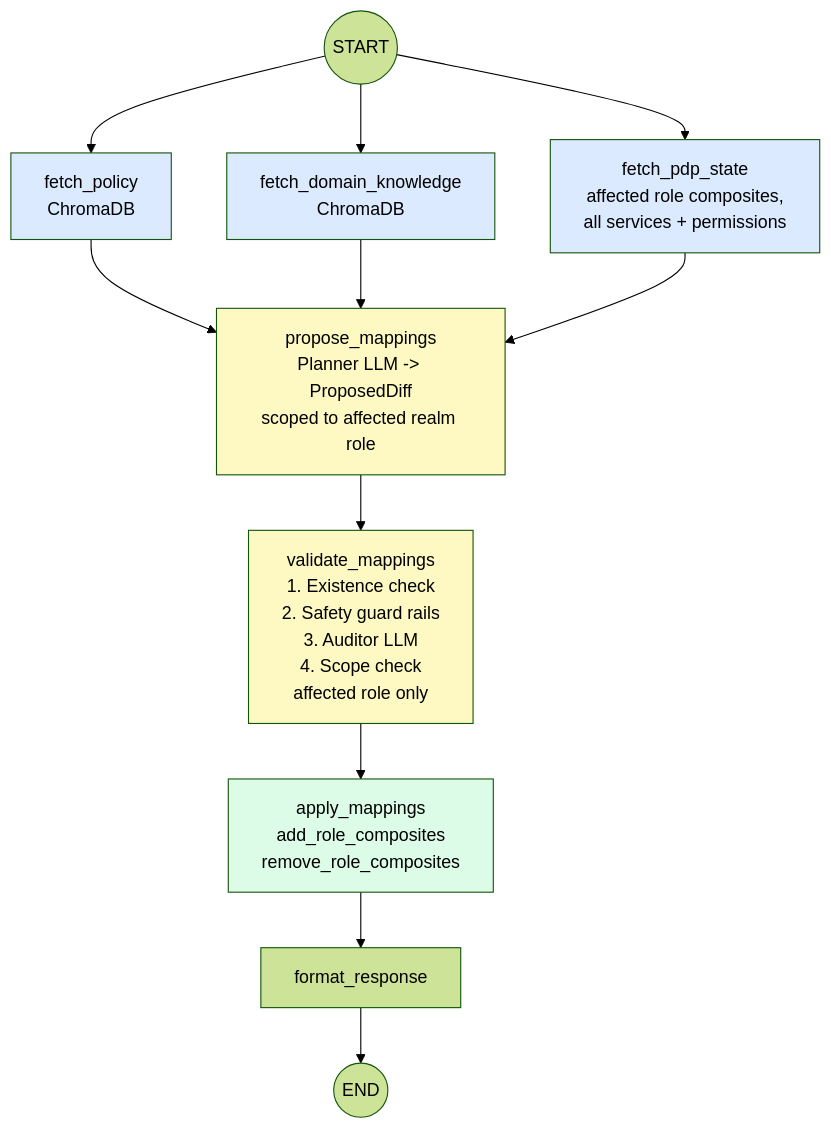
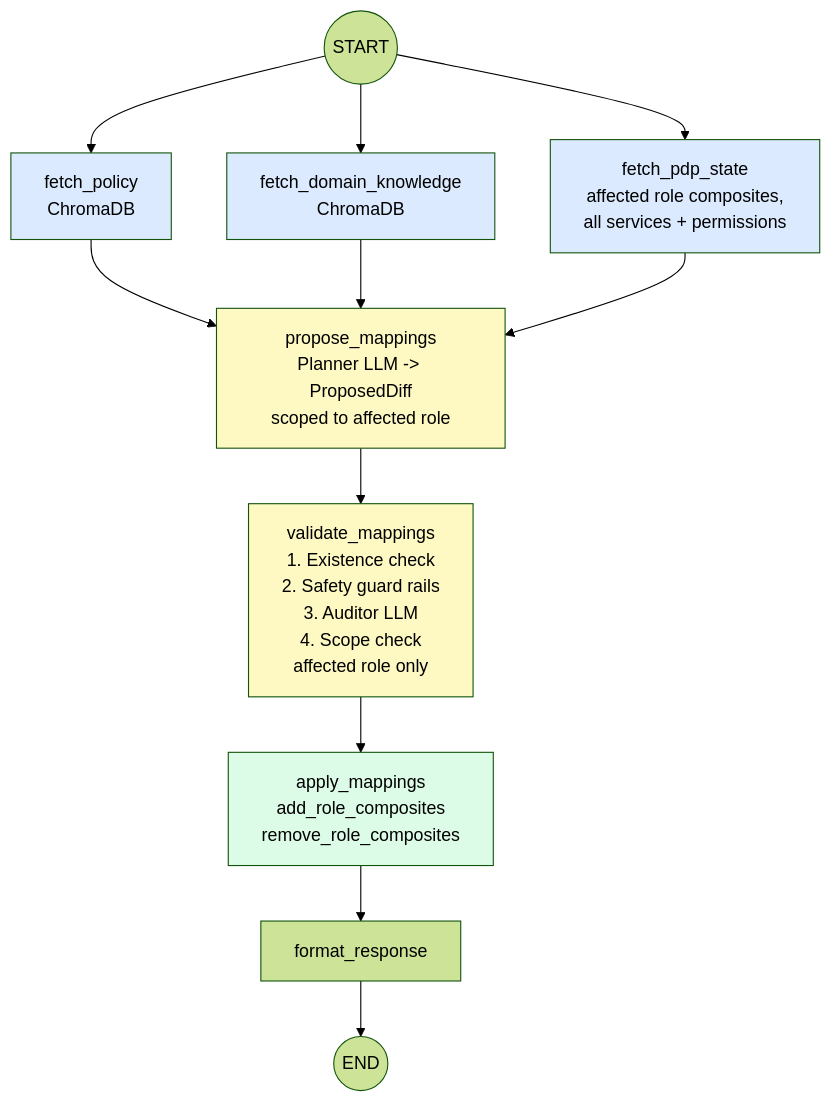
One commit to rossoctl/aiac changed the second of 2 diagrams in inception/requirements/components/aiac-agent/uc3-role-update.md. Above: the diagram before and after it, drawn with Mermaid (forest theme). The commit also changed other lines of this file and 12 other files, not shown here.

First line of the commit message:
docs(aiac): rename 'realm role' to 'role' across all requirements

````diff
--- a/inception/requirements/components/aiac-agent/uc3-role-update.md
+++ b/inception/requirements/components/aiac-agent/uc3-role-update.md
@@ -70,23 +70,23 @@
 ```mermaid
 flowchart TD
     START(("START"))
 
     START --> FP["fetch_policy\nChromaDB"]
     START --> FDK["fetch_domain_knowledge\nChromaDB"]
     START --> FKC["fetch_pdp_state\naffected role composites,\nall services + permissions"]
 
-    FP & FDK & FKC --> PROPOSE["propose_mappings\nPlanner LLM -> ProposedDiff\nscoped to affected realm role"]
+    FP & FDK & FKC --> PROPOSE["propose_mappings\nPlanner LLM -> ProposedDiff\nscoped to affected role"]
 
     PROPOSE --> VALIDATE["validate_mappings\n1. Existence check\n2. Safety guard rails\n3. Auditor LLM\n4. Scope check\n   affected role only"]
 
     VALIDATE --> APPLY["apply_mappings\nadd_role_composites\nremove_role_composites"]
     APPLY --> FORMAT["format_response"]
     FORMAT --> END(("END"))
 
     style FP fill:#dbeafe
     style FDK fill:#dbeafe
     style FKC fill:#dbeafe
     style PROPOSE fill:#fef9c3
     style VALIDATE fill:#fef9c3
     style APPLY fill:#dcfce7
 ```
````
